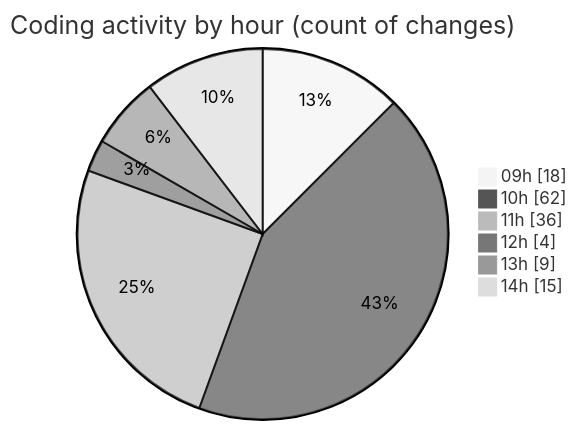
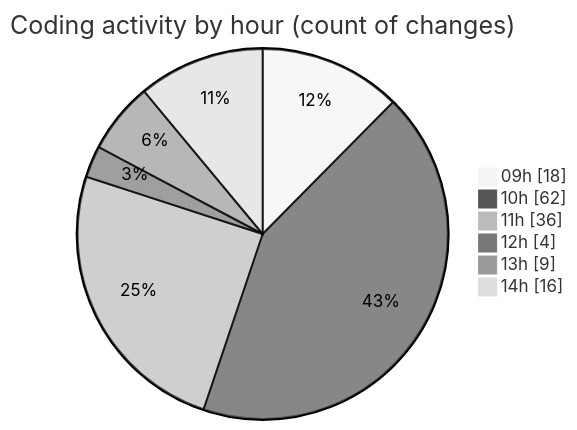
Before and after one commit to momahboobian/code-tracking: the second of 2 diagrams in 2025-07-01/cda/README.md, drawn with Mermaid (neutral theme). The commit also changed other lines of this file and 1 other file, not shown here.

````diff
--- a/2025-07-01/cda/README.md
+++ b/2025-07-01/cda/README.md
@@ -52,10 +53,10 @@
 ```mermaid
 pie showData
 title Coding activity by hour (count of changes)
 "09h" : 18
 "10h" : 62
 "11h" : 36
 "12h" : 4
 "13h" : 9
-"14h" : 15
+"14h" : 16
 ```
````
